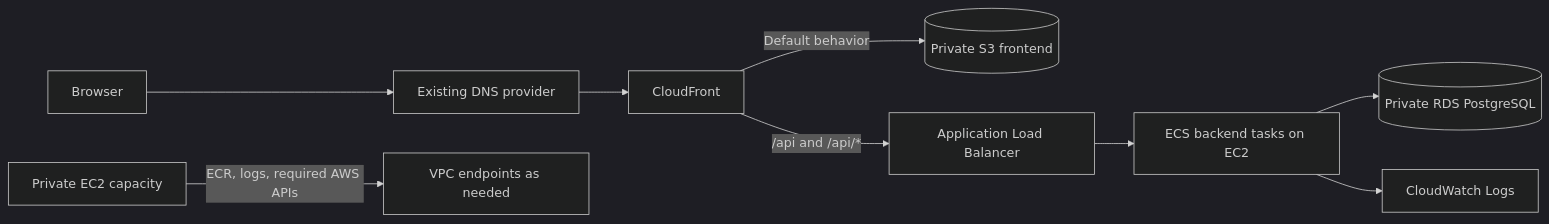
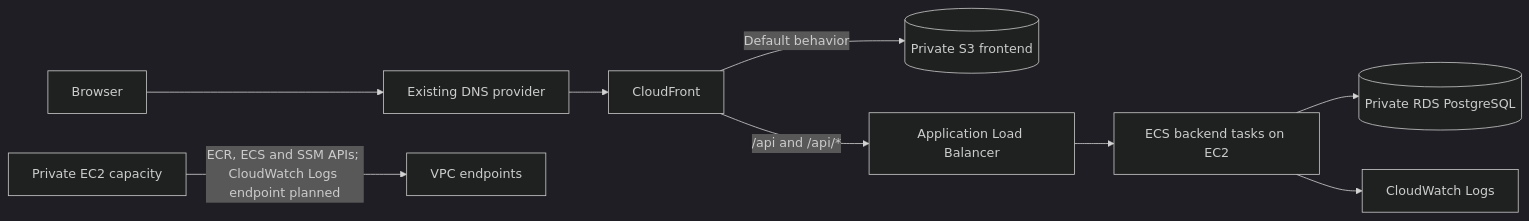
The diagram in docs/aws-deployment-plan.md (jakobzagar/Fit-Track), drawn with Mermaid (dark theme) before and after one commit. The commit also changed other lines of this file and 1 other file, not shown here.

Commit message:
docs: document AWS stack resources and outputs

````diff
--- a/docs/aws-deployment-plan.md
+++ b/docs/aws-deployment-plan.md
@@ -28,11 +28,11 @@
 ```mermaid
 flowchart LR
     Browser[Browser] --> DNS[Existing DNS provider]
     DNS --> CF[CloudFront]
     CF -->|Default behavior| S3[(Private S3 frontend)]
     CF -->|/api and /api/*| ALB[Application Load Balancer]
     ALB --> ECS[ECS backend tasks on EC2]
     ECS --> RDS[(Private RDS PostgreSQL)]
     ECS --> CW[CloudWatch Logs]
-    EC2[Private EC2 capacity] -->|ECR, logs, required AWS APIs| VPCE[VPC endpoints as needed]
+    EC2[Private EC2 capacity] -->|ECR, ECS and SSM APIs; CloudWatch Logs endpoint planned| VPCE[VPC endpoints]
 ```
````
